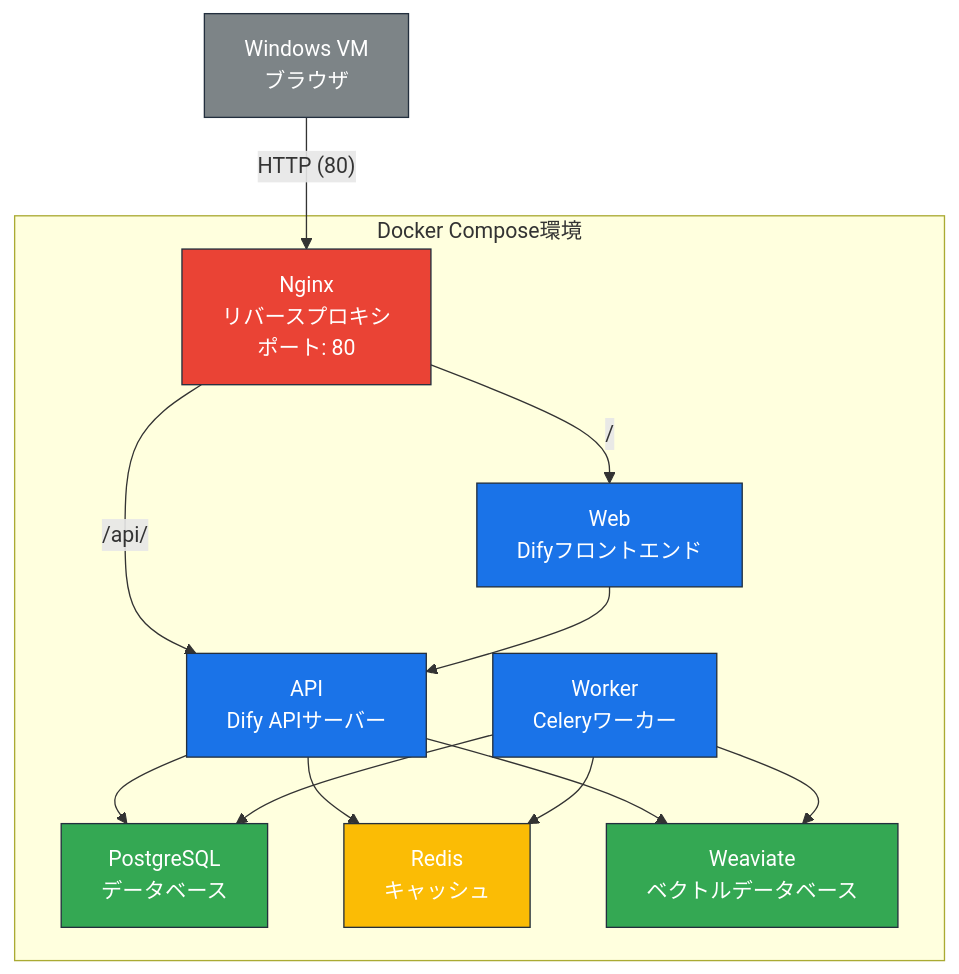
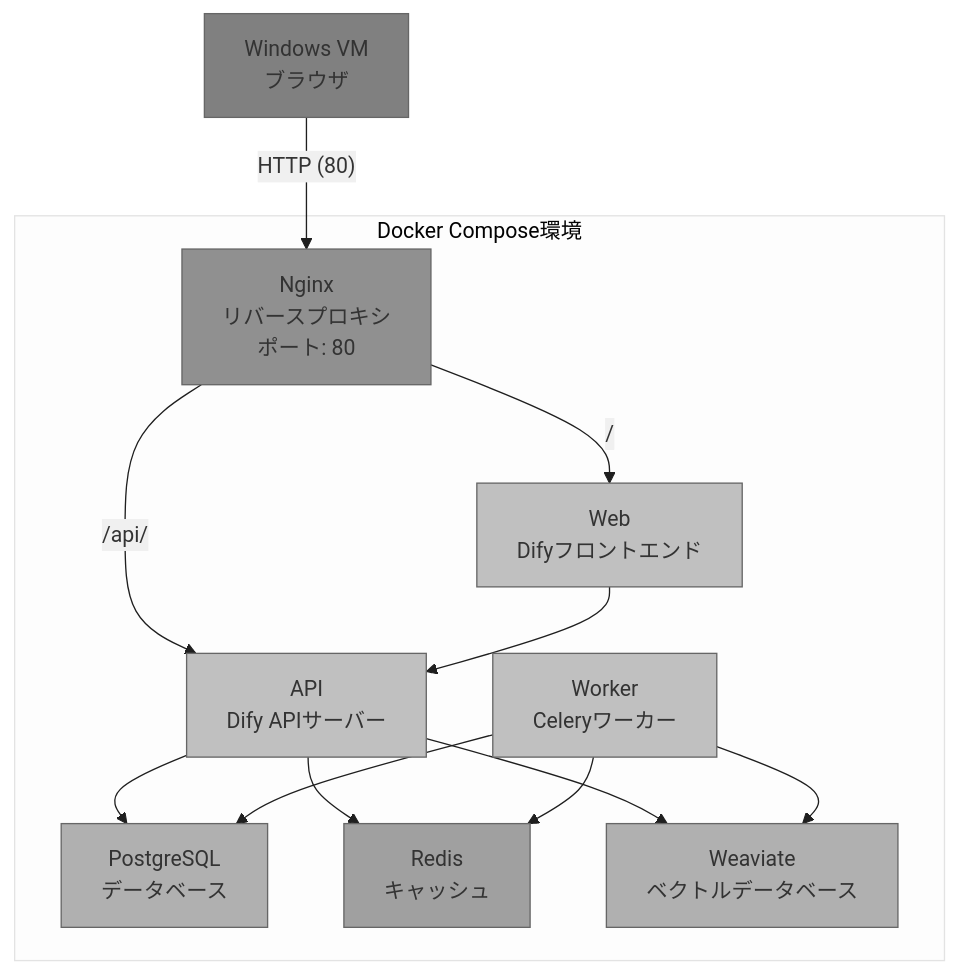
The second of 2 diagrams in README.md (t-tkm/VibeCodingSample-AWS-CKD), drawn with Mermaid before and after one commit. The commit also changed other lines of this file, not shown here.

Commit message:
Mermaidの図を灰色背景のシンプルな配色に変更

````diff
--- a/README.md
+++ b/README.md
@@ -52,37 +54,39 @@
 ```mermaid
+%%{init: {'theme': 'base', 'themeVariables': { 'primaryColor': '#f0f0f0', 'primaryBorderColor': '#666', 'primaryTextColor': '#333', 'background': '#e0e0e0' }}}%%
 graph TD
     subgraph DockerCompose["Docker Compose環境"]
         Nginx["Nginx\nリバースプロキシ\nポート: 80"]
         API["API\nDify APIサーバー"]
         Worker["Worker\nCeleryワーカー"]
         Web["Web\nDifyフロントエンド"]
         DB["PostgreSQL\nデータベース"]
         Redis["Redis\nキャッシュ"]
         Weaviate["Weaviate\nベクトルデータベース"]
     end
     
     User["Windows VM\nブラウザ"]
     
     User -->|"HTTP (80)"| Nginx
     Nginx -->|"/"| Web
     Nginx -->|"/api/"| API
     API --> DB
     API --> Redis
     API --> Weaviate
     Worker --> DB
     Worker --> Redis
     Worker --> Weaviate
     Web --> API
     
-    classDef container fill:#1A73E8,stroke:#232F3E,color:white;
-    classDef db fill:#34A853,stroke:#232F3E,color:white;
-    classDef cache fill:#FBBC05,stroke:#232F3E,color:white;
-    classDef proxy fill:#EA4335,stroke:#232F3E,color:white;
-    classDef user fill:#7D8487,stroke:#232F3E,color:white;
+    classDef default fill:#e0e0e0,stroke:#666,color:#333
+    classDef container fill:#c0c0c0,stroke:#666,color:#333
+    classDef db fill:#b0b0b0,stroke:#666,color:#333
+    classDef cache fill:#a0a0a0,stroke:#666,color:#333
+    classDef proxy fill:#909090,stroke:#666,color:#333
+    classDef user fill:#808080,stroke:#666,color:#333
     
     class API,Worker,Web container;
     class DB,Weaviate db;
     class Redis cache;
     class Nginx proxy;
     class User user;
 ```
````
